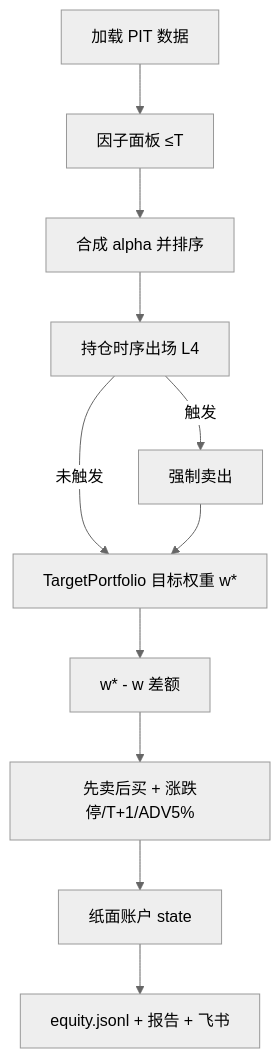
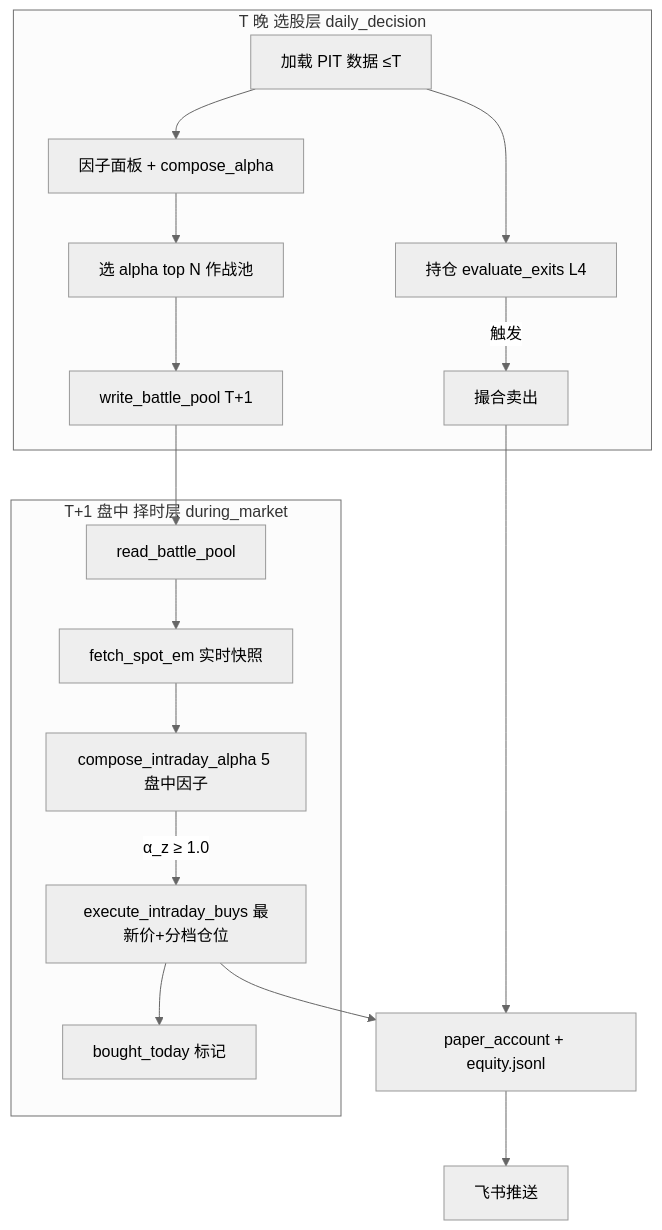
Before and after one commit to wuychn/GoldQuant: the second of 2 diagrams in docs/R3_ARCHITECTURE.md, drawn with Mermaid (neutral theme). The commit also changed other lines of this file and 2 other files, not shown here.

First line of the commit message:
docs: 同步选股+盘中择时双层框架到 README/R3_ARCHITECTURE/R3_OPS

````diff
--- a/docs/R3_ARCHITECTURE.md
+++ b/docs/R3_ARCHITECTURE.md
@@ -73,13 +74,20 @@
 ```mermaid
 flowchart TD
-  A[加载 PIT 数据] --> B[因子面板 ≤T]
-  B --> C[合成 alpha 并排序]
-  C --> D[持仓时序出场 L4]
-  D -->|触发| E[强制卖出]
-  D -->|未触发| F[TargetPortfolio 目标权重 w*]
-  E --> F
-  F --> G[w* - w 差额]
-  G --> H[先卖后买 + 涨跌停/T+1/ADV5%]
-  H --> I[纸面账户 state]
-  I --> J[equity.jsonl + 报告 + 飞书]
+  subgraph T晚[T 晚 选股层 daily_decision]
+    A[加载 PIT 数据 ≤T] --> B[因子面板 + compose_alpha]
+    B --> C[选 alpha top N 作战池]
+    C --> BP[write_battle_pool T+1]
+    A --> D[持仓 evaluate_exits L4]
+    D -->|触发| SELL[撮合卖出]
+  end
+  subgraph T1盘中[T+1 盘中 择时层 during_market]
+    BP --> R[read_battle_pool]
+    R --> SP[fetch_spot_em 实时快照]
+    SP --> IA[compose_intraday_alpha 5 盘中因子]
+    IA -->|α_z ≥ 1.0| BUY[execute_intraday_buys 最新价+分档仓位]
+    BUY --> MARK[bought_today 标记]
+  end
+  SELL --> ACC[paper_account + equity.jsonl]
+  BUY --> ACC
+  ACC --> PUSH[飞书推送]
 ```
````
